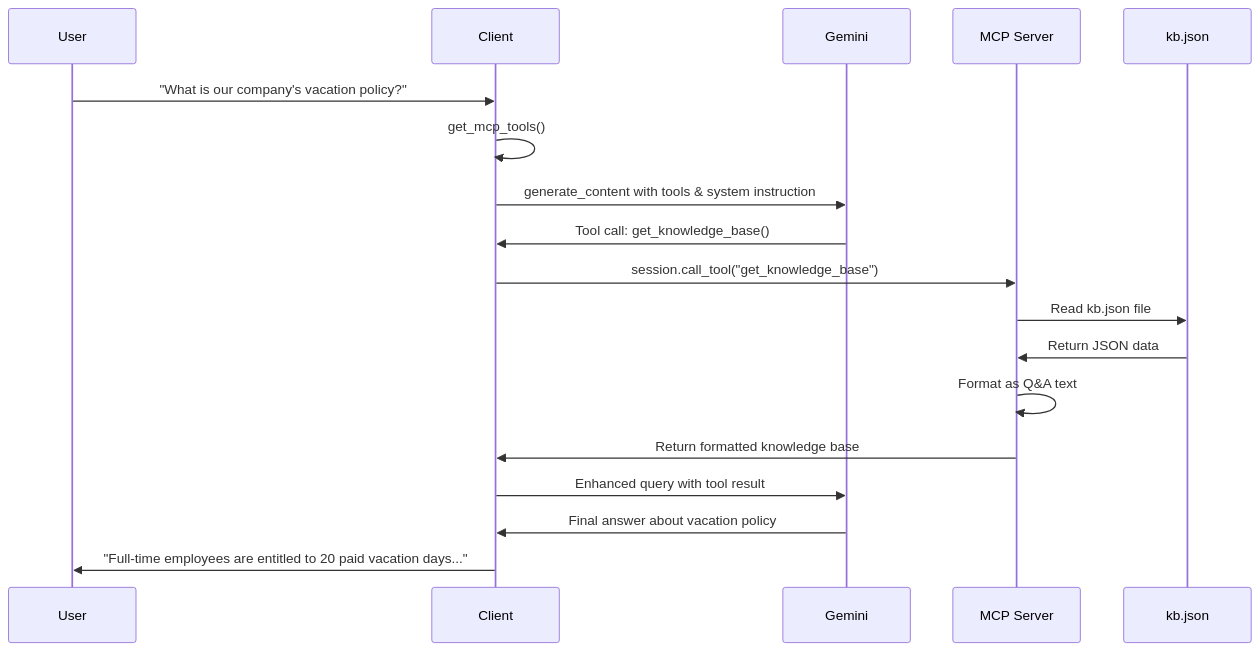
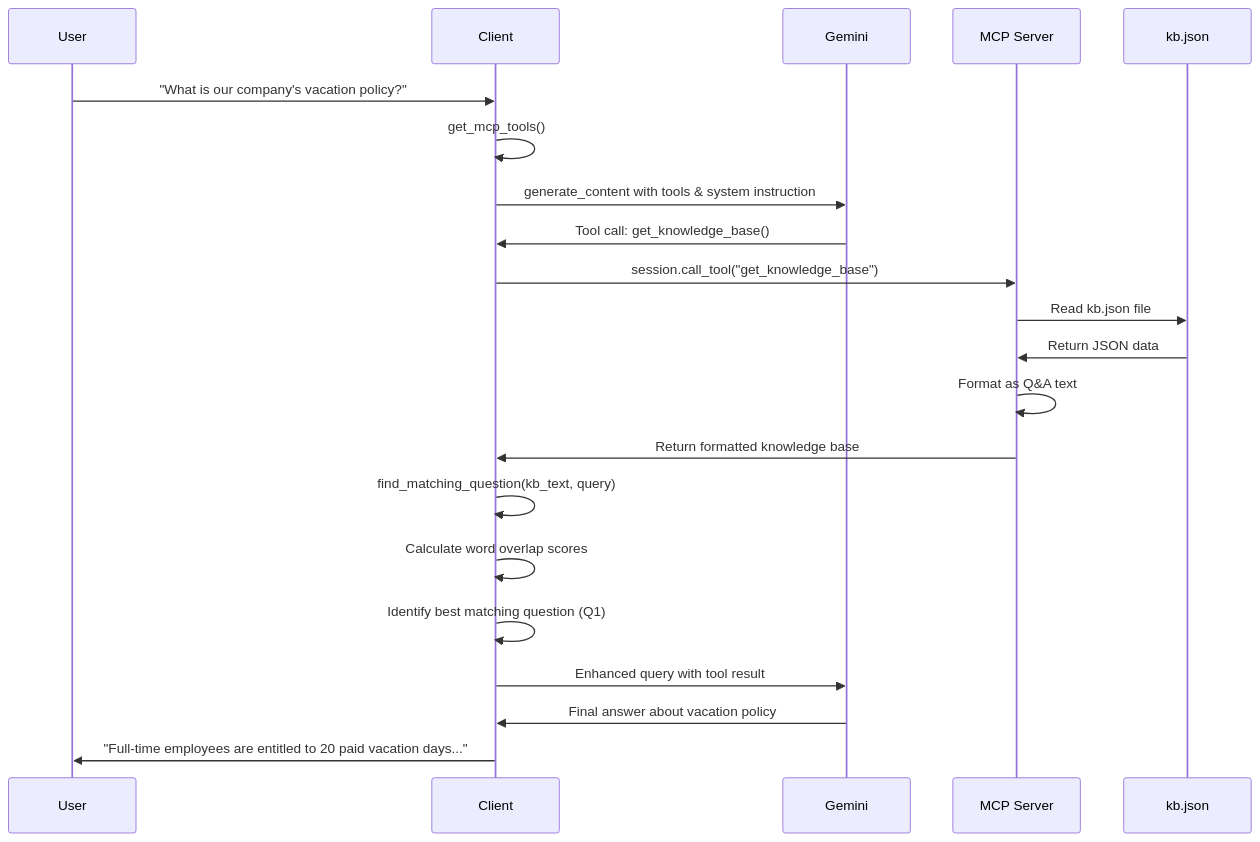
Before and after one commit to PacifistaPx0/MCP-Server: the fourth of 5 diagrams in GeminiAI-integration/control_flow.md, drawn with Mermaid. The commit also changed other lines of this file and 2 other files, not shown here.

````diff
--- a/GeminiAI-integration/control_flow.md
+++ b/GeminiAI-integration/control_flow.md
@@ -239,21 +261,24 @@
 ```mermaid
 sequenceDiagram
     participant U as User
     participant C as Client
     participant G as Gemini
     participant M as MCP Server
     participant K as kb.json
 
     U->>C: "What is our company's vacation policy?"
     C->>C: get_mcp_tools()
     C->>G: generate_content with tools & system instruction
     G->>C: Tool call: get_knowledge_base()
     C->>M: session.call_tool("get_knowledge_base")
     M->>K: Read kb.json file
     K->>M: Return JSON data
     M->>M: Format as Q&A text
     M->>C: Return formatted knowledge base
+    C->>C: find_matching_question(kb_text, query)
+    C->>C: Calculate word overlap scores
+    C->>C: Identify best matching question (Q1)
     C->>G: Enhanced query with tool result
     G->>C: Final answer about vacation policy
     C->>U: "Full-time employees are entitled to 20 paid vacation days..."
 ```
````
